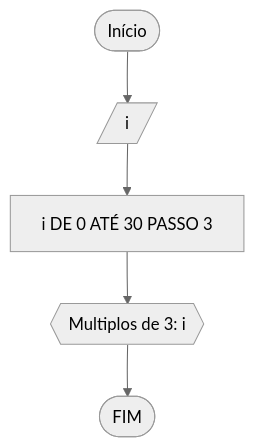
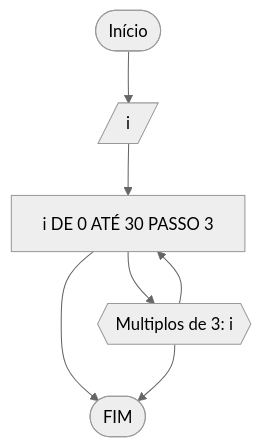
One commit to marviniciuss/unifor changed the second of 2 diagrams in RLA/lista3_exercicios.md. Above: the diagram before and after it, drawn with Mermaid (neutral theme).

````diff
--- a/RLA/lista3_exercicios.md
+++ b/RLA/lista3_exercicios.md
@@ -49,8 +49,10 @@
 ```mermaid
 flowchart TD
 A([Início])-->B[/i/]
 B-->C[i DE 0 ATÉ 30 PASSO 3]
+C-->E
 C--> D{{"Multiplos de 3: i"}}
+D-->C
 D-->E([FIM])
 
 ```
````
